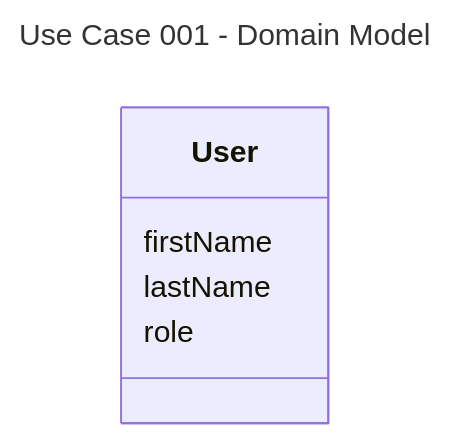
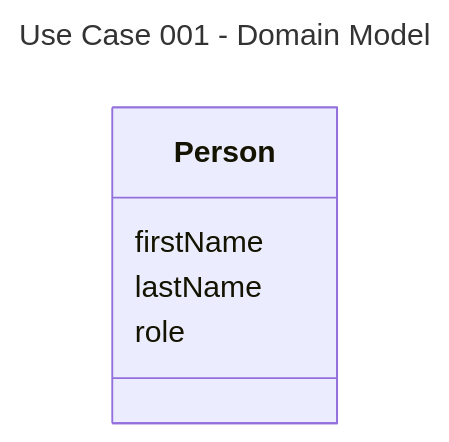
One commit to DMOoF25-TEAM11/ArlaNatureConnect changed the diagram in docs/UseCase001-LoginAndRoleaccess/UC001-DomainModel.mmd. Above: the diagram before and after it, drawn with Mermaid. The commit also changed 3 other files, not shown here.

Commit message:
User = Person change

```diff
--- a/docs/UseCase001-LoginAndRoleaccess/UC001-DomainModel.mmd
+++ b/docs/UseCase001-LoginAndRoleaccess/UC001-DomainModel.mmd
@@ -1,9 +1,9 @@
 ---
 title: Use Case 001 - Domain Model
 ---
 classDiagram
-    class User {
+    class Person {
         firstName
         lastName
         role
     }
```
